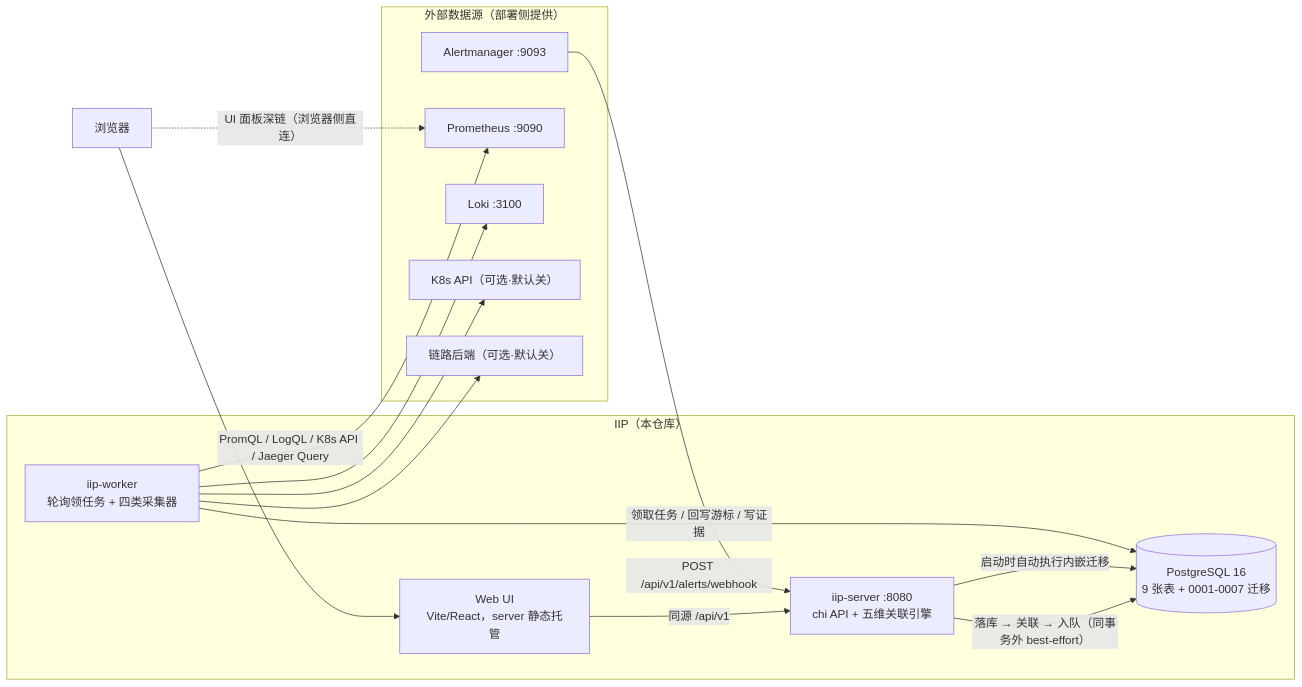
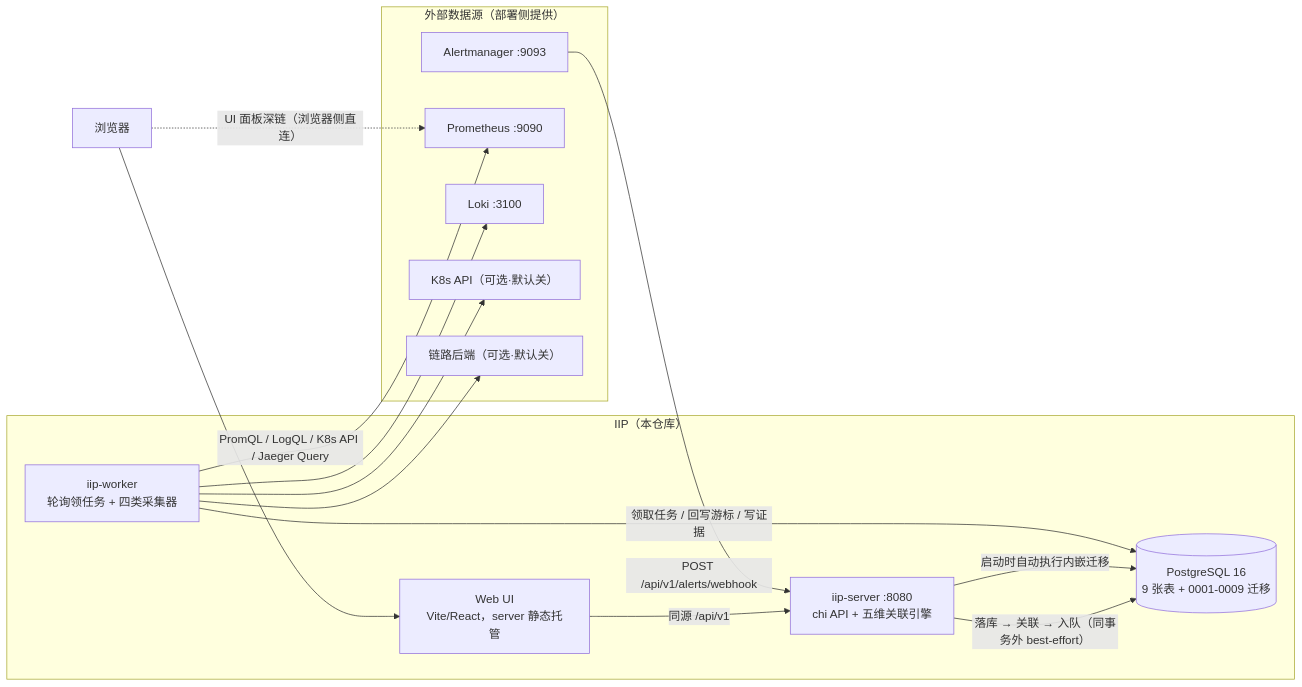
The diagram in README.md (GoldY6666/IIP), drawn with Mermaid before and after one commit. The commit also changed other lines of this file and 2 other files, not shown here.

````diff
--- a/README.md
+++ b/README.md
@@ -340,29 +27,29 @@
 ```mermaid
 flowchart LR
     subgraph EXT["外部数据源（部署侧提供）"]
         AM["Alertmanager :9093"]
         PROM["Prometheus :9090"]
         LOKI["Loki :3100"]
         K8S["K8s API（可选·默认关）"]
         TRACE["链路后端（可选·默认关）"]
     end
 
     subgraph IIP["IIP（本仓库）"]
         WEB["Web UI<br/>Vite/React，server 静态托管"]
         SRV["iip-server :8080<br/>chi API + 五维关联引擎"]
         WRK["iip-worker<br/>轮询领任务 + 四类采集器"]
-        PG[("PostgreSQL 16<br/>9 张表 + 0001-0007 迁移")]
+        PG[("PostgreSQL 16<br/>9 张表 + 0001-0009 迁移")]
     end
 
     BROWSER["浏览器"] --> WEB
     WEB -->|"同源 /api/v1"| SRV
     AM -->|"POST /api/v1/alerts/webhook"| SRV
     SRV -->|"落库 → 关联 → 入队（同事务外 best-effort）"| PG
     SRV -->|"启动时自动执行内嵌迁移"| PG
     WRK -->|"领取任务 / 回写游标 / 写证据"| PG
     WRK -->|"PromQL / LogQL / K8s API / Jaeger Query"| PROM
     WRK --> LOKI
     WRK --> K8S
     WRK --> TRACE
     BROWSER -.->|"UI 面板深链（浏览器侧直连）"| PROM
 ```
````
